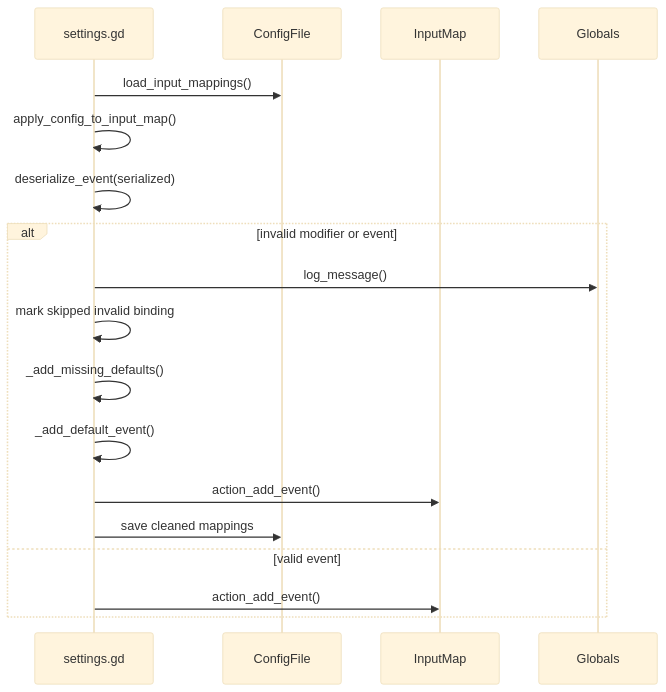
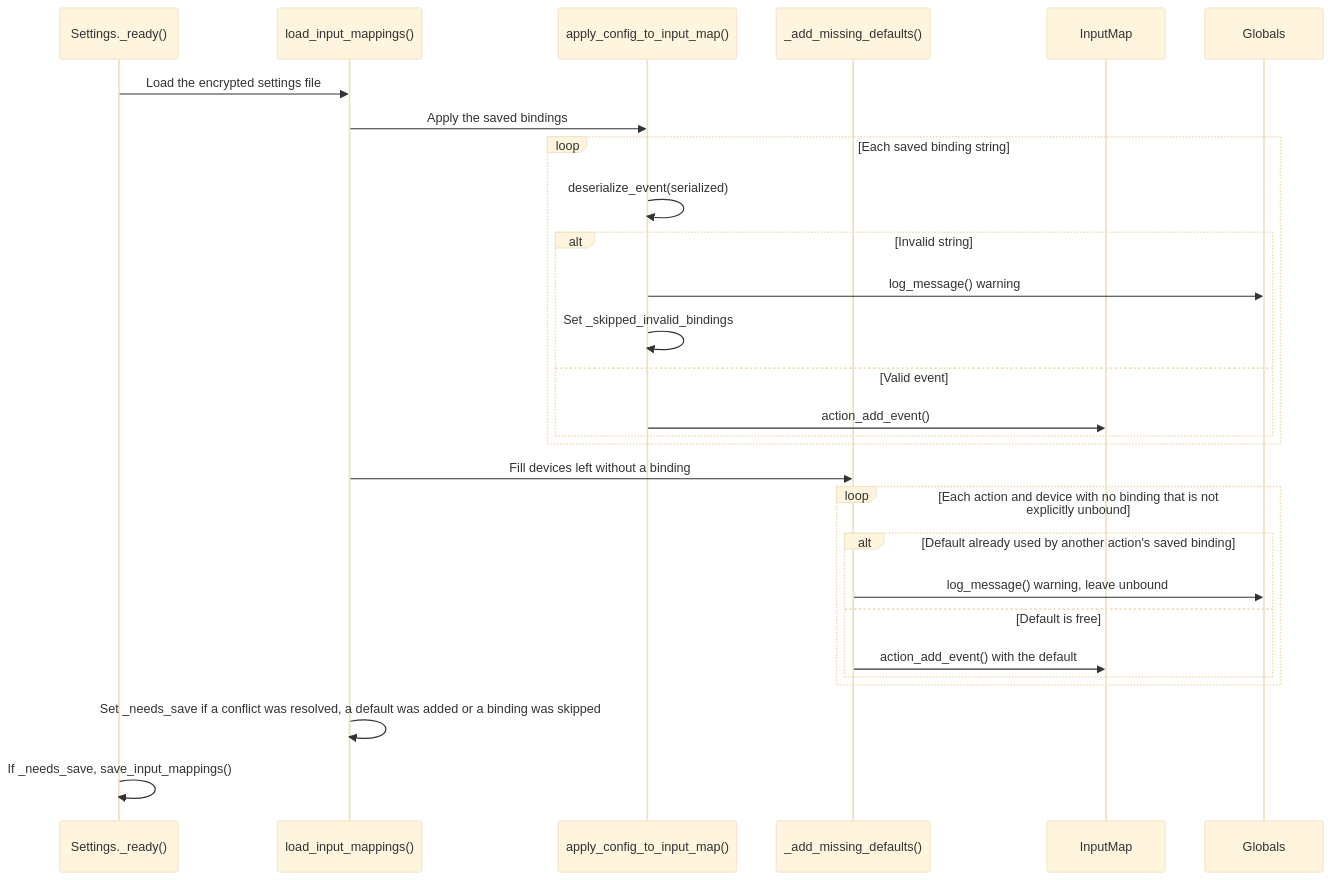
One commit to ikostan/SkyLockAssault changed the first of 2 diagrams in files/docs/milestones/27/Part_3_Bug_fixes_README_cleanup_legacy_doc_tags_and_key_binding_validation.md. Above: the diagram before and after it, drawn with Mermaid (base theme). The commit also changed other lines of this file, not shown here.

First line of the commit message:
Clarify input-binding recovery review notes

````diff
--- a/files/docs/milestones/27/Part_3_Bug_fixes_README_cleanup_legacy_doc_tags_and_key_binding_validation.md
+++ b/files/docs/milestones/27/Part_3_Bug_fixes_README_cleanup_legacy_doc_tags_and_key_binding_validation.md
@@ -143,21 +135,31 @@
 ```mermaid
 sequenceDiagram
-    participant Settings as settings.gd
-    participant Config as ConfigFile
+    participant Ready as Settings._ready()
+    participant Load as load_input_mappings()
+    participant Apply as apply_config_to_input_map()
+    participant Backfill as _add_missing_defaults()
     participant InputMap
     participant Globals
 
-    Settings->>Config: load_input_mappings()
-    Settings->>Settings: apply_config_to_input_map()
-    Settings->>Settings: deserialize_event(serialized)
-    alt invalid modifier or event
-        Settings->>Globals: log_message()
-        Settings->>Settings: mark skipped invalid binding
-        Settings->>Settings: _add_missing_defaults()
-        Settings->>Settings: _add_default_event()
-        Settings->>InputMap: action_add_event()
-        Settings->>Config: save cleaned mappings
-    else valid event
-        Settings->>InputMap: action_add_event()
+    Ready->>Load: Load the encrypted settings file
+    Load->>Apply: Apply the saved bindings
+    loop Each saved binding string
+        Apply->>Apply: deserialize_event(serialized)
+        alt Invalid string
+            Apply->>Globals: log_message() warning
+            Apply->>Apply: Set _skipped_invalid_bindings
+        else Valid event
+            Apply->>InputMap: action_add_event()
+        end
     end
+    Load->>Backfill: Fill devices left without a binding
+    loop Each action and device with no binding that is not explicitly unbound
+        alt Default already used by another action's saved binding
+            Backfill->>Globals: log_message() warning, leave unbound
+        else Default is free
+            Backfill->>InputMap: action_add_event() with the default
+        end
+    end
+    Load->>Load: Set _needs_save if a conflict was resolved, a default was added or a binding was skipped
+    Ready->>Ready: If _needs_save, save_input_mappings()
 ```
````
